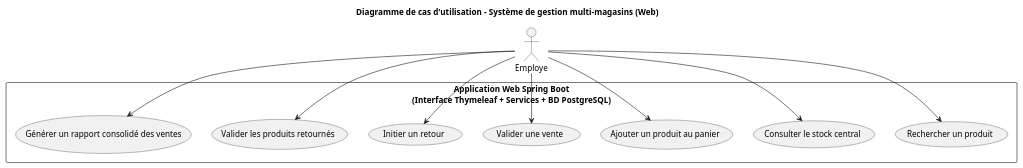
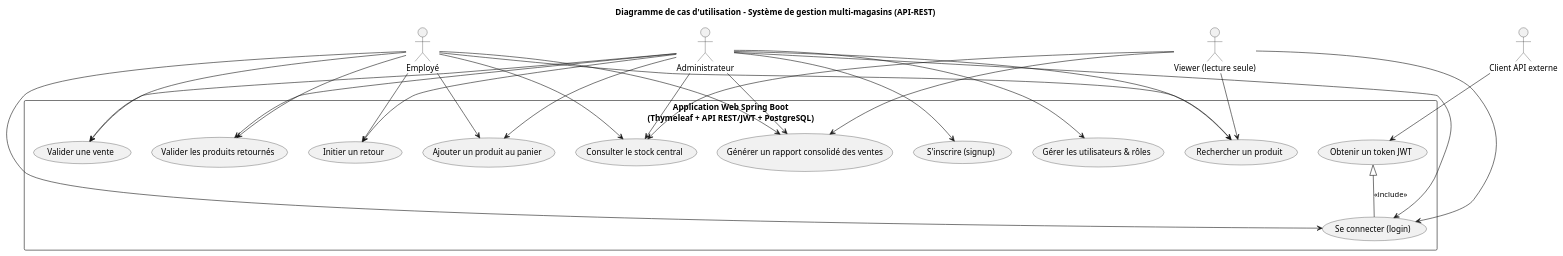
Before and after one commit to SlitherinSnake/tp0-1-2-log430: the diagram in docs/diagrams/cu/menu.puml, drawn with PlantUML. The commit also changed 33 other files, not shown here.

```diff
--- a/docs/diagrams/cu/menu.puml
+++ b/docs/diagrams/cu/menu.puml
@@ -1,32 +1,73 @@
 @startuml
-title Diagramme de cas d'utilisation – Système de gestion multi-magasins (Web)
+title Diagramme de cas d'utilisation – Système de gestion multi-magasins (API-REST)
 
-actor Employe
+' === Acteurs principaux ===
+actor "Employé"   as Employe
+actor "Administrateur" as Admin
+actor "Viewer (lecture seule)" as Viewer
+actor "Client API externe" as ApiClient
 
-rectangle "Application Web Spring Boot\n(Interface Thymeleaf + Services + BD PostgreSQL)" {
+' -----------------------------------------------------------------
+rectangle "Application Web Spring Boot\n(Thymeleaf + API REST/JWT + PostgreSQL)" {
 
-  ' === Cas d'utilisation de gestion de produits ===
-  usecase "Rechercher un produit" as UC1
-  usecase "Consulter le stock central" as UC2
+  ' === Authentification & autorisation ===
+  usecase "Se connecter (login)" as UC_AUTH_LOGIN
+  usecase "S'inscrire (signup)" as UC_AUTH_SIGNUP
+  usecase "Obtenir un token JWT" as UC_AUTH_TOKEN
+  UC_AUTH_TOKEN <|-- UC_AUTH_LOGIN : <<include>>
 
-  ' === Cas d'utilisation de gestion des ventes ===
-  usecase "Ajouter un produit au panier" as UC3
-  usecase "Valider une vente" as UC4
+  ' === Gestion des utilisateurs (réservé ADMIN) ===
+  usecase "Gérer les utilisateurs & rôles" as UC_ADMIN_USERS
 
-  ' === Cas d'utilisation de gestion des retours ===
-  usecase "Initier un retour" as UC5
-  usecase "Valider les produits retournés" as UC6
+  ' === Gestion de produits ===
+  usecase "Rechercher un produit"              as UC1
+  usecase "Consulter le stock central"         as UC2
 
-  ' === Cas d'utilisation de rapport (ex : UC1 de ton projet final) ===
+  ' === Gestion des ventes ===
+  usecase "Ajouter un produit au panier"       as UC3
+  usecase "Valider une vente"                  as UC4
+
+  ' === Gestion des retours ===
+  usecase "Initier un retour"                  as UC5
+  usecase "Valider les produits retournés"     as UC6
+
+  ' === Rapports ===
   usecase "Générer un rapport consolidé des ventes" as UC7
 }
 
+' -----------------------------------------------------------------
+' Droits & relations
+' Authentication (tout le monde)
+Employe  --> UC_AUTH_LOGIN
+Viewer   --> UC_AUTH_LOGIN
+Admin    --> UC_AUTH_LOGIN
+ApiClient --> UC_AUTH_TOKEN
+
+' Inscription (optionnel : si tu l’ouvres uniquement aux admins, conserve la flèche Admin)
+Admin  --> UC_AUTH_SIGNUP
+
+' Gestion des utilisateurs
+Admin  --> UC_ADMIN_USERS
+
+' Cas d’utilisation existants
 Employe --> UC1
 Employe --> UC2
 Employe --> UC3
 Employe --> UC4
 Employe --> UC5
 Employe --> UC6
 Employe --> UC7
 
+Viewer  --> UC1
+Viewer  --> UC2
+Viewer  --> UC7
+
+Admin   --> UC1
+Admin   --> UC2
+Admin   --> UC3
+Admin   --> UC4
+Admin   --> UC5
+Admin   --> UC6
+Admin   --> UC7
+
 @enduml
```
